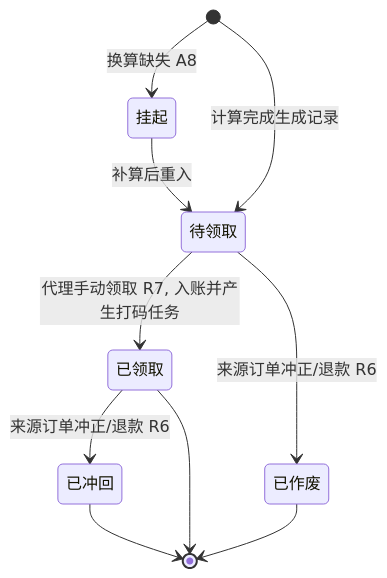
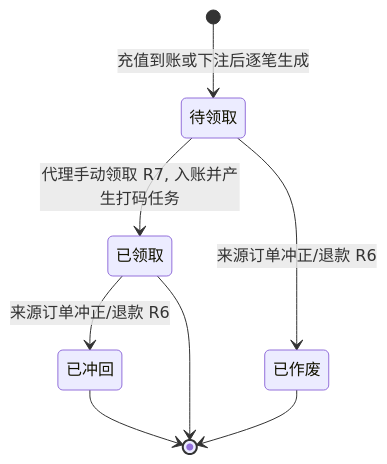
One commit to bingo-lab-1/bingo-figma changed the second of 2 diagrams in M7-代理管理/7.1-代理返佣/README.md. Above: the diagram before and after it, drawn with Mermaid. The commit also changed other lines of this file and 3 other files, not shown here.

````diff
--- a/M7-代理管理/7.1-代理返佣/README.md
+++ b/M7-代理管理/7.1-代理返佣/README.md
@@ -191,12 +186,10 @@
 ```mermaid
 stateDiagram-v2
-    [*] --> 挂起: 换算缺失 A8
-    [*] --> 待领取: 计算完成生成记录
-    挂起 --> 待领取: 补算后重入
+    [*] --> 待领取: 充值到账或下注后逐笔生成
     待领取 --> 已领取: 代理手动领取 R7, 入账并产生打码任务
     待领取 --> 已作废: 来源订单冲正/退款 R6
     已领取 --> 已冲回: 来源订单冲正/退款 R6
     已领取 --> [*]
     已作废 --> [*]
     已冲回 --> [*]
 ```
````
